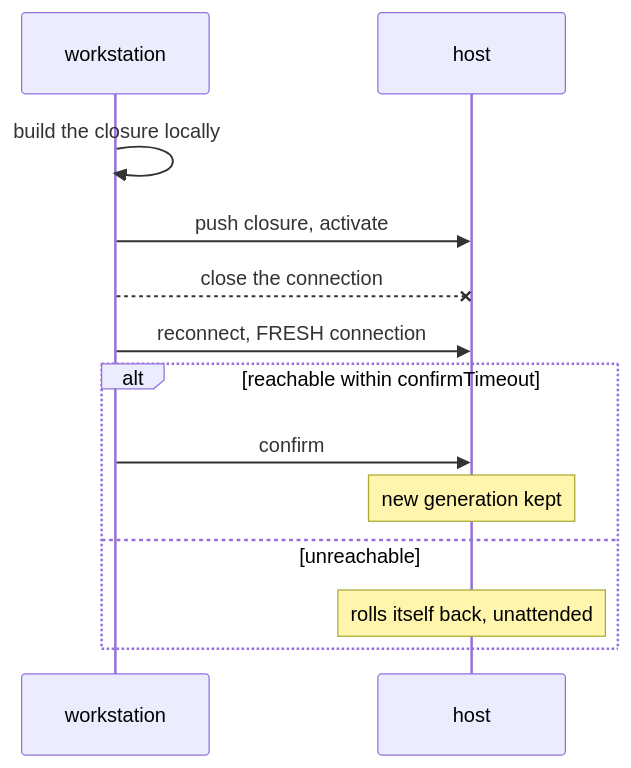
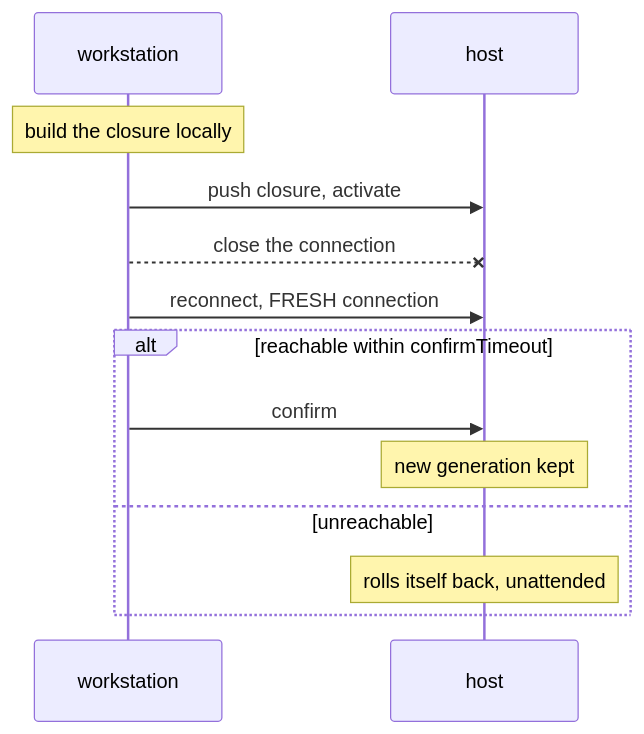
Before and after one commit to 1Git2Clone/vps: the diagram in docs/src/operations/deploying.md, drawn with Mermaid. The commit also changed 1 other file, not shown here.

Commit message:
docs: stop the lifeline striking through self-message labels
Mermaid centres a self-message's label on the actor's own lifeline, so the
vertical line is drawn straight through the text. Three of them were affected:
the identity sequence's "prepend server: to config.yaml" and "read, declare,
poll", and the deploy sequence's "build the closure locally".

`Note over <actor>` instead, which is the same position on the page but renders
as a filled box with the lifeline behind it rather than through it. The
"must match, or stop" note sitting two lines above the worst case was already
proving that shape works.

An actor acting on itself and a note about an actor are not quite the same
thing semantically, and a self-arrow says "does this" a little better than a
note does. That is worth less than being readable.

Widths unchanged where it matters: identity 700px, deploy 622px, both 1.00x in
the content column.

````diff
--- a/docs/src/operations/deploying.md
+++ b/docs/src/operations/deploying.md
@@ -72,15 +72,15 @@
 ```mermaid
 sequenceDiagram
     participant W as workstation
     participant H as host
-    W->>W: build the closure locally
+    Note over W: build the closure locally
     W->>H: push closure, activate
     W--xH: close the connection
     W->>H: reconnect, FRESH connection
     alt reachable within confirmTimeout
         W->>H: confirm
         Note over H: new generation kept
     else unreachable
         Note over H: rolls itself back, unattended
     end
 ```
````
